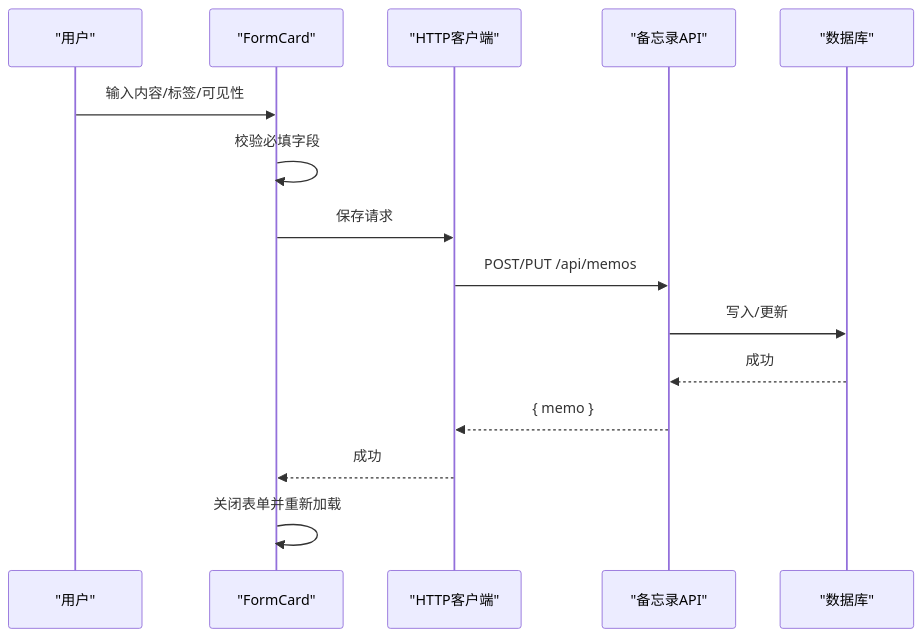
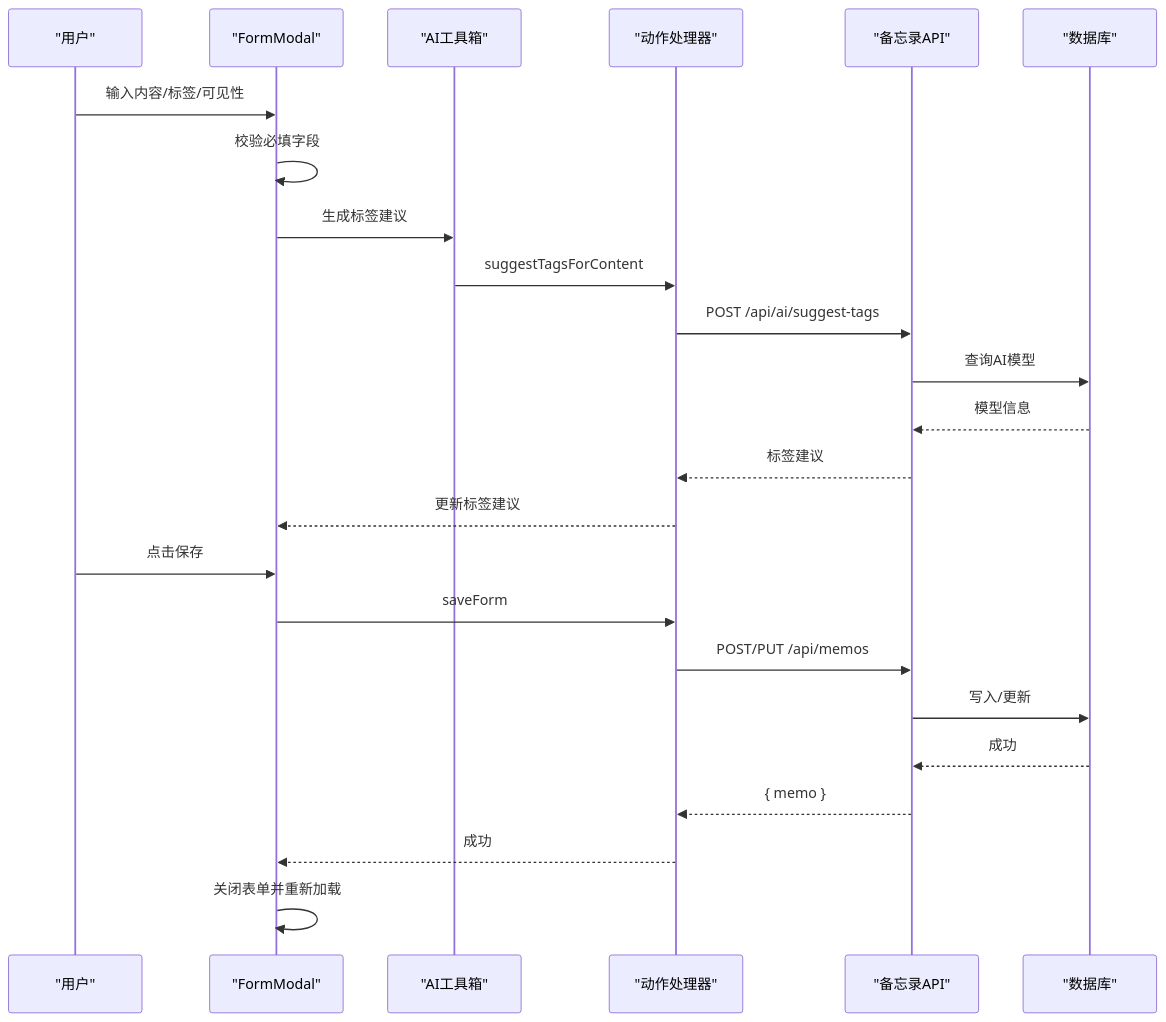
Before and after one commit to BlackBoxRecorder/memos: the fourth of 6 diagrams in .qoder/repowiki/zh/content/核心功能/管理后台系统.md, drawn with Mermaid. The commit also changed other lines of this file and 10 other files, not shown here.

````diff
--- a/.qoder/repowiki/zh/content/核心功能/管理后台系统.md
+++ b/.qoder/repowiki/zh/content/核心功能/管理后台系统.md
@@ -253,17 +262,26 @@
 ```mermaid
 sequenceDiagram
 participant User as "用户"
-participant Form as "FormCard"
-participant Util as "HTTP客户端"
+participant Form as "FormModal"
+participant AI as "AI工具箱"
+participant Actions as "动作处理器"
 participant API as "备忘录API"
 participant DB as "数据库"
 User->>Form : 输入内容/标签/可见性
 Form->>Form : 校验必填字段
-Form->>Util : 保存请求
-Util->>API : POST/PUT /api/memos
+Form->>AI : 生成标签建议
+AI->>Actions : suggestTagsForContent
+Actions->>API : POST /api/ai/suggest-tags
+API->>DB : 查询AI模型
+DB-->>API : 模型信息
+API-->>Actions : 标签建议
+Actions-->>Form : 更新标签建议
+User->>Form : 点击保存
+Form->>Actions : saveForm
+Actions->>API : POST/PUT /api/memos
 API->>DB : 写入/更新
 DB-->>API : 成功
-API-->>Util : { memo }
-Util-->>Form : 成功
+API-->>Actions : { memo }
+Actions-->>Form : 成功
 Form->>Form : 关闭表单并重新加载
 ```
````
